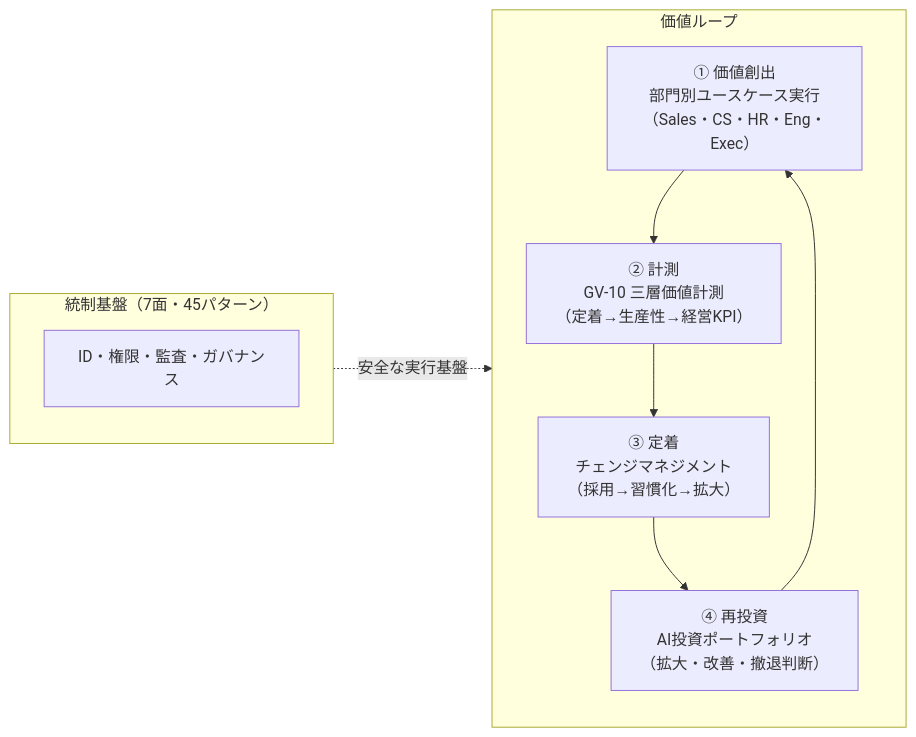
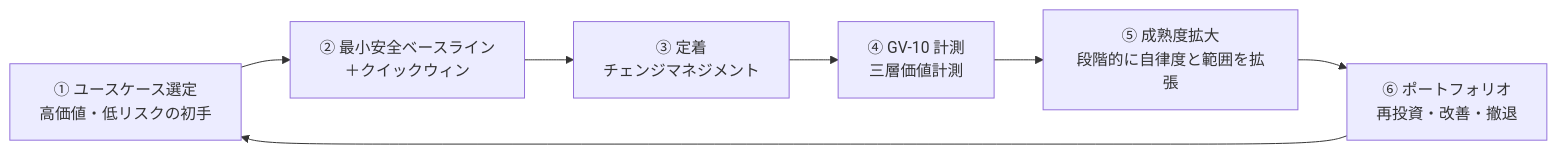
One commit to shibuiwilliam/enterprise-agent-reference-architectures changed the first of 2 diagrams in docs/overview/agenda.md. Above: the diagram before and after it, drawn with Mermaid. The commit also changed other lines of this file and 182 other files, not shown here.

````diff
--- a/docs/overview/agenda.md
+++ b/docs/overview/agenda.md
@@ -79,20 +80,16 @@
 ```mermaid
 flowchart LR
-    subgraph ValueLoop["価値ループ"]
-        CREATE["① 価値創出<br/>部門別ユースケース実行<br/>（Sales・CS・HR・Eng・Exec）"]
-        MEASURE["② 計測<br/>GV-10 三層価値計測<br/>（定着→生産性→経営KPI）"]
-        ADOPT["③ 定着<br/>チェンジマネジメント<br/>（採用→習慣化→拡大）"]
-        REINVEST["④ 再投資<br/>AI投資ポートフォリオ<br/>（拡大・改善・撤退判断）"]
-    end
+    SELECT["① ユースケース選定<br/>高価値・低リスクの初手"]
+    RECIPE["② 最小安全ベースライン<br/>＋クイックウィン"]
+    ADOPT["③ 定着<br/>チェンジマネジメント"]
+    MEASURE["④ GV-10 計測<br/>三層価値計測"]
+    MATURE["⑤ 成熟度拡大<br/>段階的に自律度と範囲を拡張"]
+    PORTFOLIO["⑥ ポートフォリオ<br/>再投資・改善・撤退"]
 
-    CREATE --> MEASURE
-    MEASURE --> ADOPT
-    ADOPT --> REINVEST
-    REINVEST --> CREATE
-
-    subgraph Foundation["統制基盤（7面・45パターン）"]
-        CTRL["ID・権限・監査・ガバナンス"]
-    end
-
-    Foundation -.->|安全な実行基盤| ValueLoop
+    SELECT --> RECIPE
+    RECIPE --> ADOPT
+    ADOPT --> MEASURE
+    MEASURE --> MATURE
+    MATURE --> PORTFOLIO
+    PORTFOLIO --> SELECT
 ```
````
